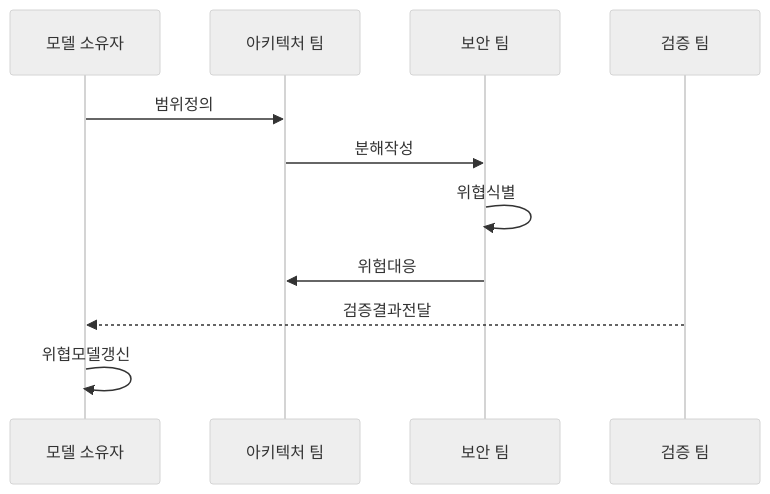
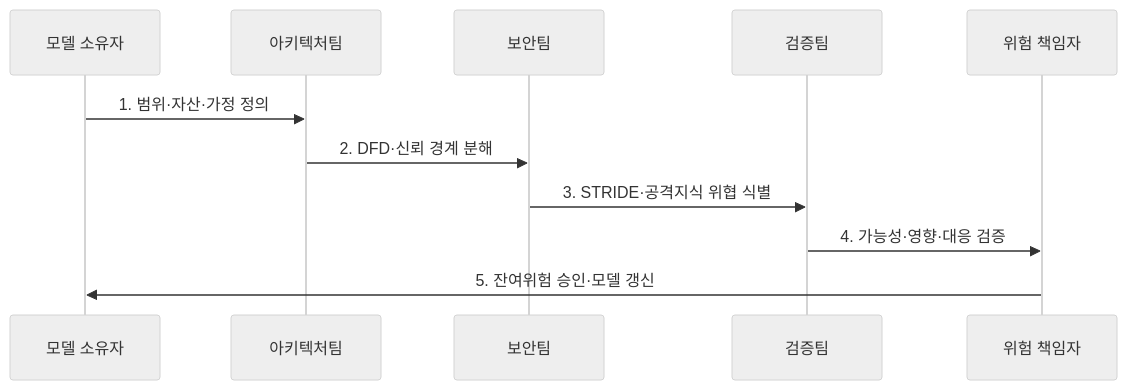
One commit to agnusdei1207/knowledge-base changed the second of 2 diagrams in src/content/docs/notes/05-security/146_threat_modeling_stride.md. Above: the diagram before and after it, drawn with Mermaid (neutral theme). The commit also changed other lines of this file and 3 other files, not shown here.

````diff
--- a/src/content/docs/notes/05-security/146_threat_modeling_stride.md
+++ b/src/content/docs/notes/05-security/146_threat_modeling_stride.md
@@ -85,13 +82,13 @@
 ```mermaid
 sequenceDiagram
-    participant O as 모델 소유자
-    participant A as 아키텍처 팀
-    participant S as 보안 팀
-    participant V as 검증 팀
-    O->>A: 범위정의
-    A->>S: 분해작성
-    S->>S: 위협식별
-    S->>A: 위험대응
-    V-->>O: 검증결과전달
-    O->>O: 위협모델갱신
+  participant O as 모델 소유자
+  participant A as 아키텍처팀
+  participant S as 보안팀
+  participant V as 검증팀
+  participant R as 위험 책임자
+  O->>A: 1. 범위·자산·가정 정의
+  A->>S: 2. DFD·신뢰 경계 분해
+  S->>V: 3. STRIDE·공격지식 위협 식별
+  V->>R: 4. 가능성·영향·대응 검증
+  R->>O: 5. 잔여위험 승인·모델 갱신
 ```
````
